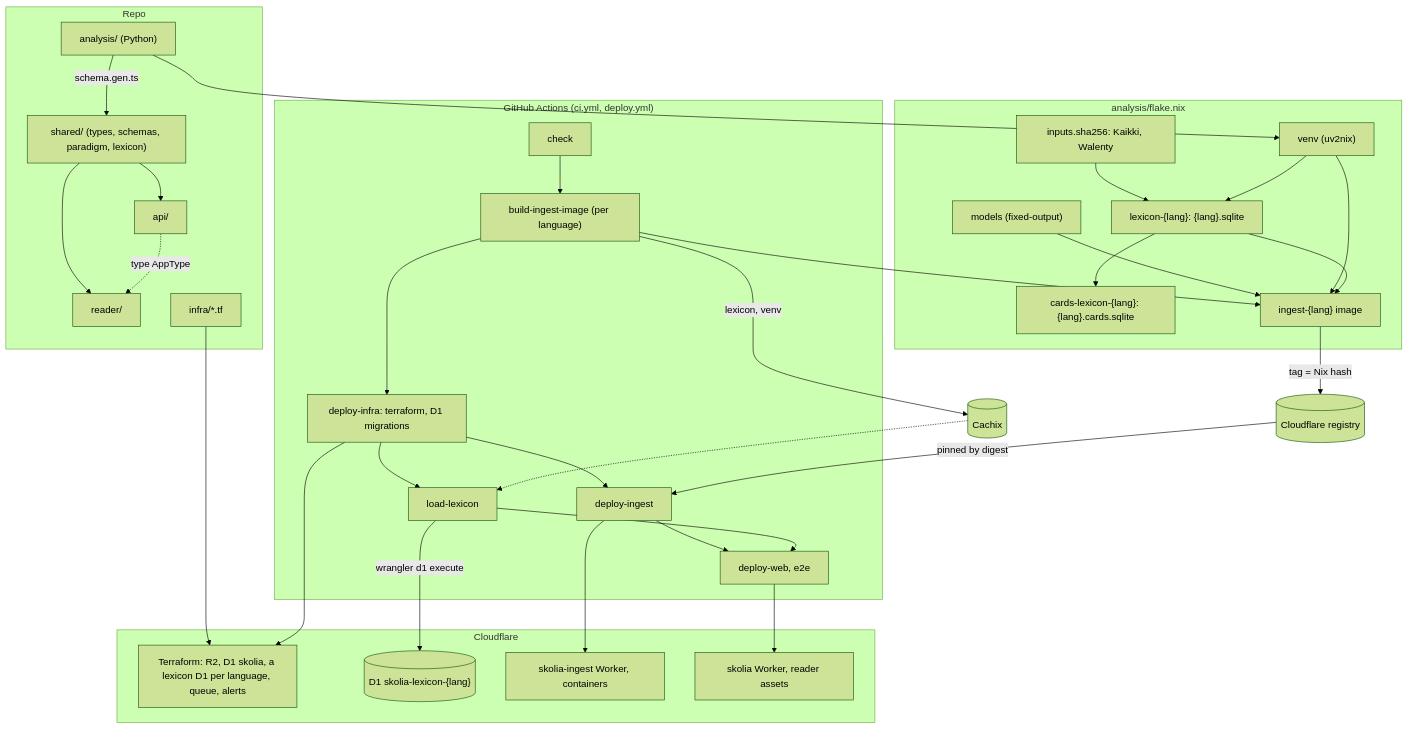
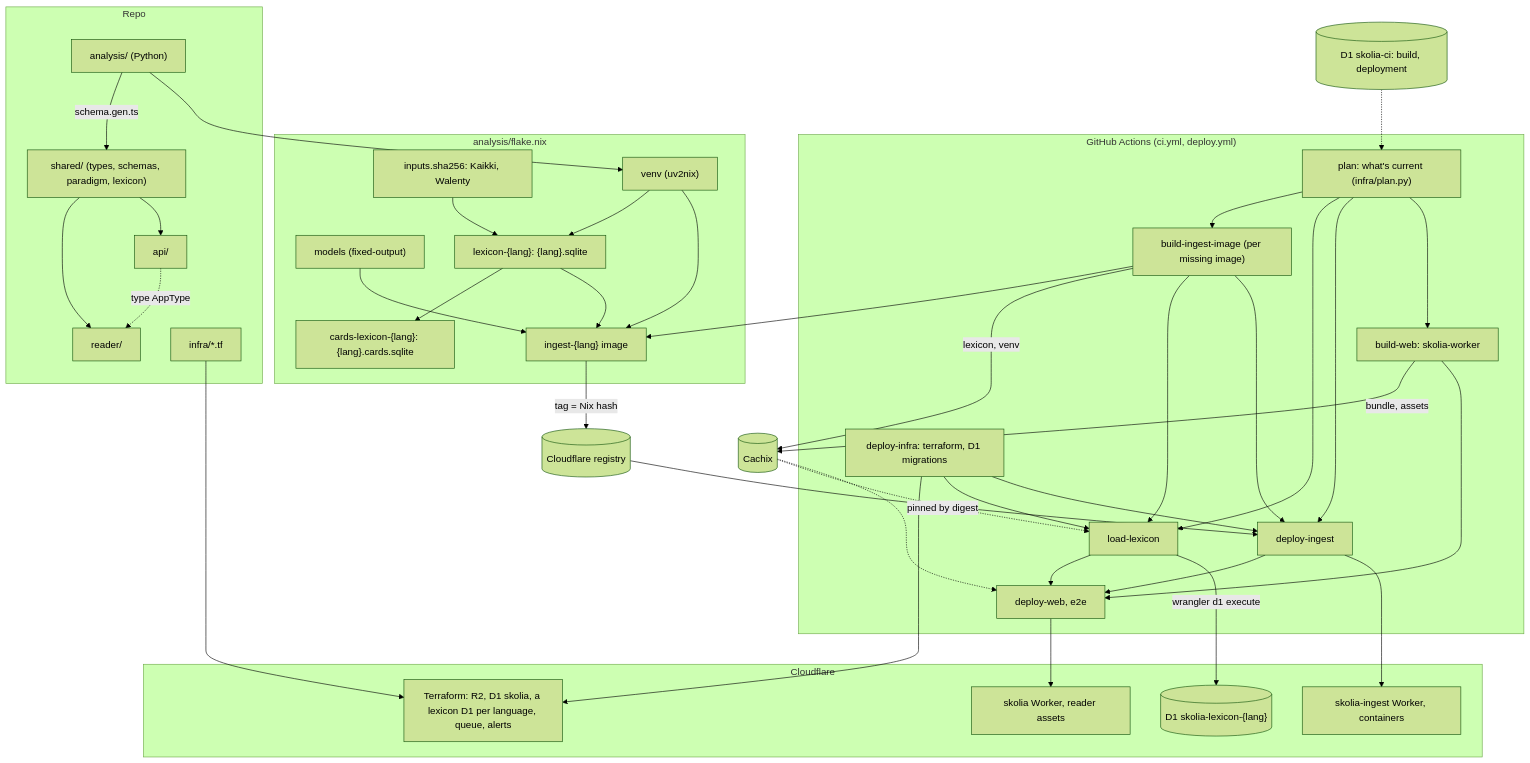
One commit to skolia-io/skolia changed the third of 3 diagrams in ARCHITECTURE.md. Above: the diagram before and after it, drawn with Mermaid (forest theme). The commit also changed other lines of this file and 23 other files, not shown here.

Commit message:
ci: skip builds and deployments that are already current, planned by infra/plan.py

````diff
--- a/ARCHITECTURE.md
+++ b/ARCHITECTURE.md
@@ -110,62 +110,72 @@
 ```mermaid
 flowchart TB
   subgraph Repo
     PY["analysis/ (Python)"]
     SH["shared/ (types, schemas, paradigm, lexicon)"]
     RDR["reader/"]
     APIS["api/"]
     TFS["infra/*.tf"]
   end
   subgraph Nix["analysis/flake.nix"]
     INP["inputs.sha256: Kaikki, Walenty"]
     MOD["models (fixed-output)"]
     VENV["venv (uv2nix)"]
     LEXN["lexicon-{lang}: {lang}.sqlite"]
     CARDS["cards-lexicon-{lang}: {lang}.cards.sqlite"]
     IMG["ingest-{lang} image"]
   end
   subgraph CI["GitHub Actions (ci.yml, deploy.yml)"]
-    CHK["check"]
-    BII["build-ingest-image (per language)"]
+    PL["plan: what's current (infra/plan.py)"]
+    BII["build-ingest-image (per missing image)"]
     DI["deploy-infra: terraform, D1 migrations"]
     LL["load-lexicon"]
     DGI["deploy-ingest"]
+    BW["build-web: skolia-worker"]
     DW["deploy-web, e2e"]
   end
   CX[("Cachix")]
+  CIDB[("D1 skolia-ci: build, deployment")]
   REG[("Cloudflare registry")]
   subgraph CF["Cloudflare"]
     TFR["Terraform: R2, D1 skolia, a lexicon D1 per language, queue, alerts"]
     LXDB[("D1 skolia-lexicon-{lang}")]
     INGD["skolia-ingest Worker, containers"]
     WEBD["skolia Worker, reader assets"]
   end
 
   PY -->|"schema.gen.ts"| SH
   SH --> RDR
   SH --> APIS
   APIS -.->|"type AppType"| RDR
   PY --> VENV
   INP --> LEXN
   VENV --> LEXN
   LEXN --> CARDS
   MOD --> IMG
   VENV --> IMG
   LEXN --> IMG
-  CHK --> BII
+  PL --> BII
+  PL --> LL
+  PL --> DGI
+  PL --> BW
+  CIDB -.-> PL
+  BW -->|"bundle, assets"| CX
+  BW --> DW
   BII --> IMG
   BII -->|"lexicon, venv"| CX
   IMG -->|"tag = Nix hash"| REG
-  BII --> DI
+  BII --> LL
+  BII --> DGI
   TFS --> TFR
   DI --> TFR
   DI --> LL
   DI --> DGI
   DGI --> DW
   LL --> DW
   CX -.-> LL
+  CX -.-> DW
   LL -->|"wrangler d1 execute"| LXDB
   REG -->|"pinned by digest"| DGI
   DGI --> INGD
   DW --> WEBD
 ```
````
